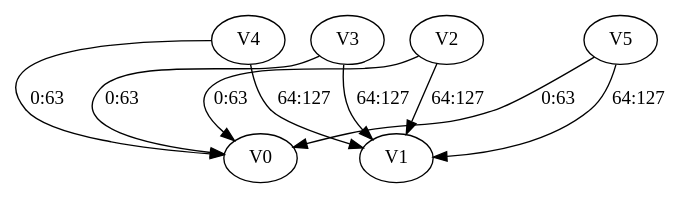
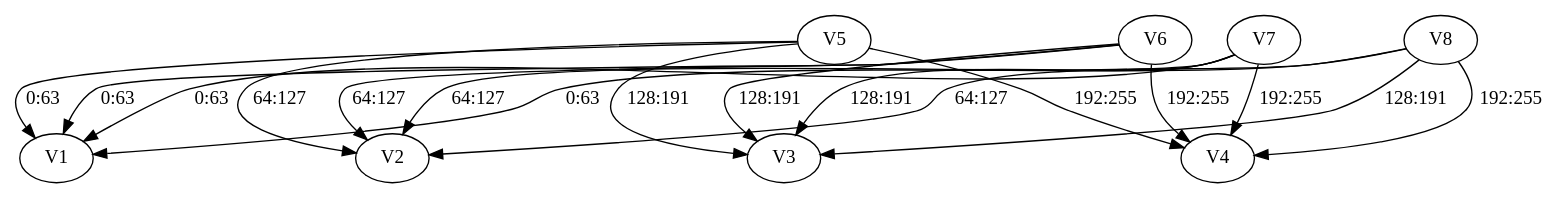
One commit to wangdi4/llvm changed the second of 3 diagrams in llvm/docs/Intel/Analysis/Intel_OptVLS.rst. Above: the diagram before and after it, drawn with Graphviz. The commit also changed other lines of this file and 1 other file, not shown here.

```diff
--- a/llvm/docs/Intel/Analysis/Intel_OptVLS.rst
+++ b/llvm/docs/Intel/Analysis/Intel_OptVLS.rst
@@ -490,21 +493,39 @@
 .. graphviz::
 
    digraph Initial_Graph {
 
-      V2 -> V0[label="0:63",weight="0:63"];
+      graph[ordering=in];
 
-      V2 -> V1[label="64:127",weight="64:127"];
+      V5 -> V4[label="192:255",weight="192:255"];
 
-      V3 -> V0[label="0:63",weight="0:63"];
+      V6 -> V4[label="192:255",weight="192:255"];
 
-      V3 -> V1[label="64:127",weight="64:127"];
+      V7 -> V4[label="192:255",weight="192:255"];
 
-      V4 -> V0[label="0:63",weight="0:63"];
+      V8 -> V4[label="192:255",weight="192:255"];
 
-      V4 -> V1[label="64:127",weight="64:127"];
+      V5 -> V1[label="0:63",weight="0:63"];
 
-      V5 -> V0[label="0:63",weight="0:63"];
+      V6 -> V1[label="0:63",weight="0:63"];
 
-      V5 -> V1[label="64:127",weight="64:127"];
+      V7 -> V1[label="0:63",weight="0:63"];
+
+      V8 -> V1[label="0:63",weight="0:63"];
+
+      V5 -> V2[label="64:127",weight="64:127"];
+
+      V6 -> V2[label="64:127",weight="64:127"];
+
+      V7 -> V2[label="64:127",weight="64:127"];
+
+      V8 -> V2[label="64:127",weight="64:127"];
+
+      V5 -> V3[label="128:191",weight="128:191"];
+
+      V6 -> V3[label="128:191",weight="128:191"];
+
+      V7 -> V3[label="128:191",weight="128:191"];
+
+      V8 -> V3[label="128:191",weight="128:191"];
 
    }
```
